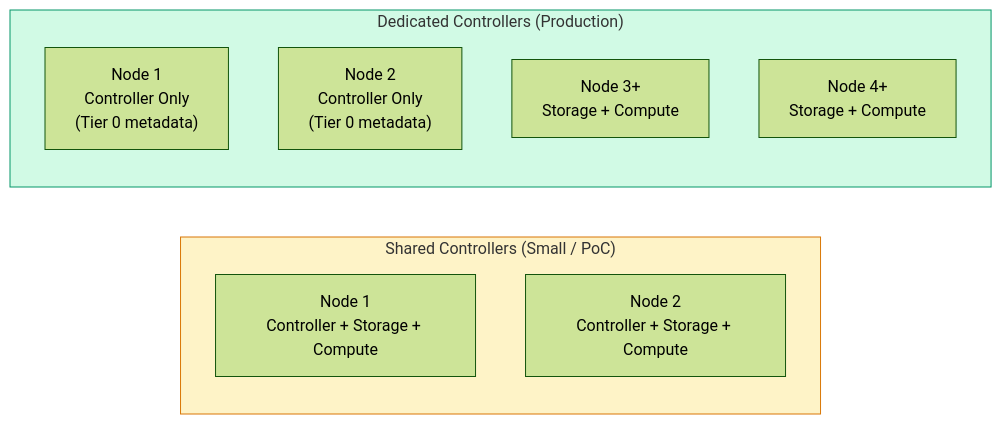
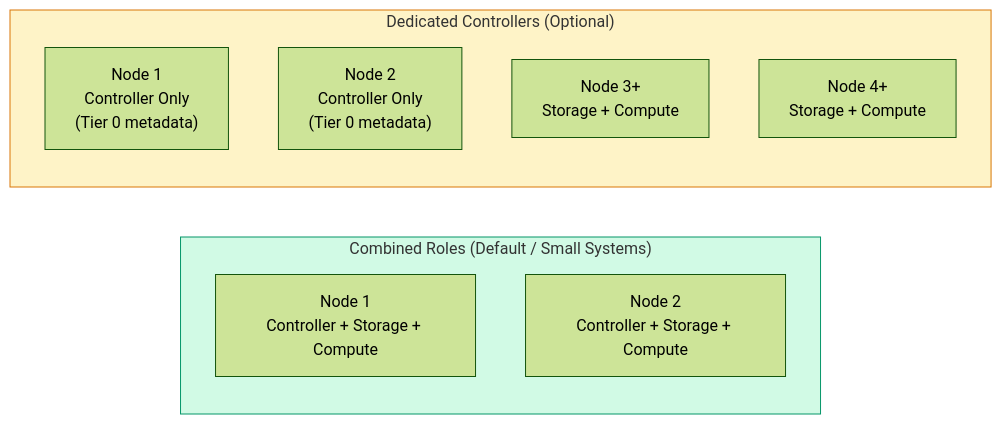
One commit to verge-io/docs-vergeos changed the diagram in learn/02-sizing-design/01-hardware-requirements.md. Above: the diagram before and after it, drawn with Mermaid (forest theme). The commit also changed other lines of this file, not shown here.

````diff
--- a/learn/02-sizing-design/01-hardware-requirements.md
+++ b/learn/02-sizing-design/01-hardware-requirements.md
@@ -208,17 +217,17 @@
 ```mermaid
 graph LR
-    subgraph shared["Shared Controllers (Small / PoC)"]
+    subgraph shared["Combined Roles (Default / Small Systems)"]
         N1S["Node 1<br/>Controller + Storage + Compute"]
         N2S["Node 2<br/>Controller + Storage + Compute"]
     end
 
-    subgraph dedicated["Dedicated Controllers (Production)"]
+    subgraph dedicated["Dedicated Controllers (Optional)"]
         N1D["Node 1<br/>Controller Only<br/>(Tier 0 metadata)"]
         N2D["Node 2<br/>Controller Only<br/>(Tier 0 metadata)"]
         N3["Node 3+<br/>Storage + Compute"]
         N4["Node 4+<br/>Storage + Compute"]
     end
 
-    style shared fill:#fef3c7,stroke:#d97706
-    style dedicated fill:#d1fae5,stroke:#059669
+    style shared fill:#d1fae5,stroke:#059669
+    style dedicated fill:#fef3c7,stroke:#d97706
 ```
````
